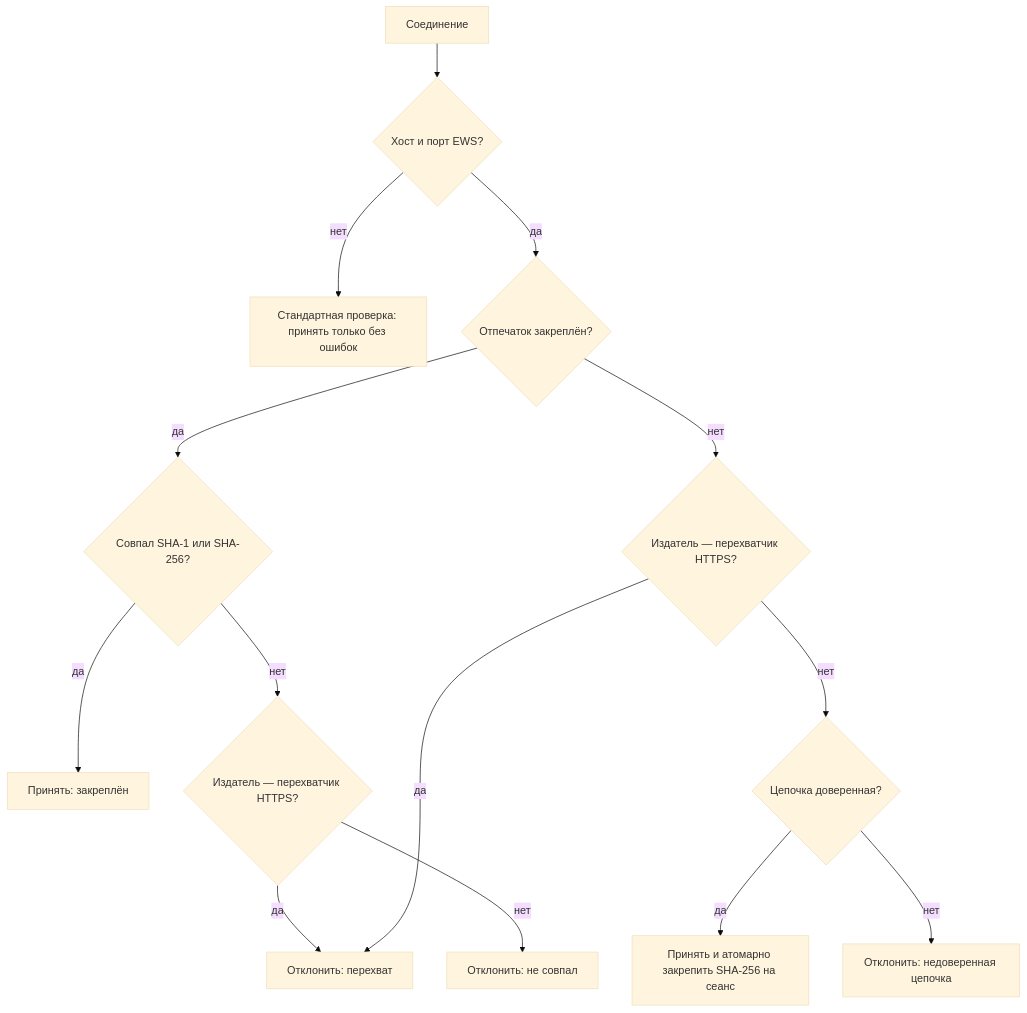
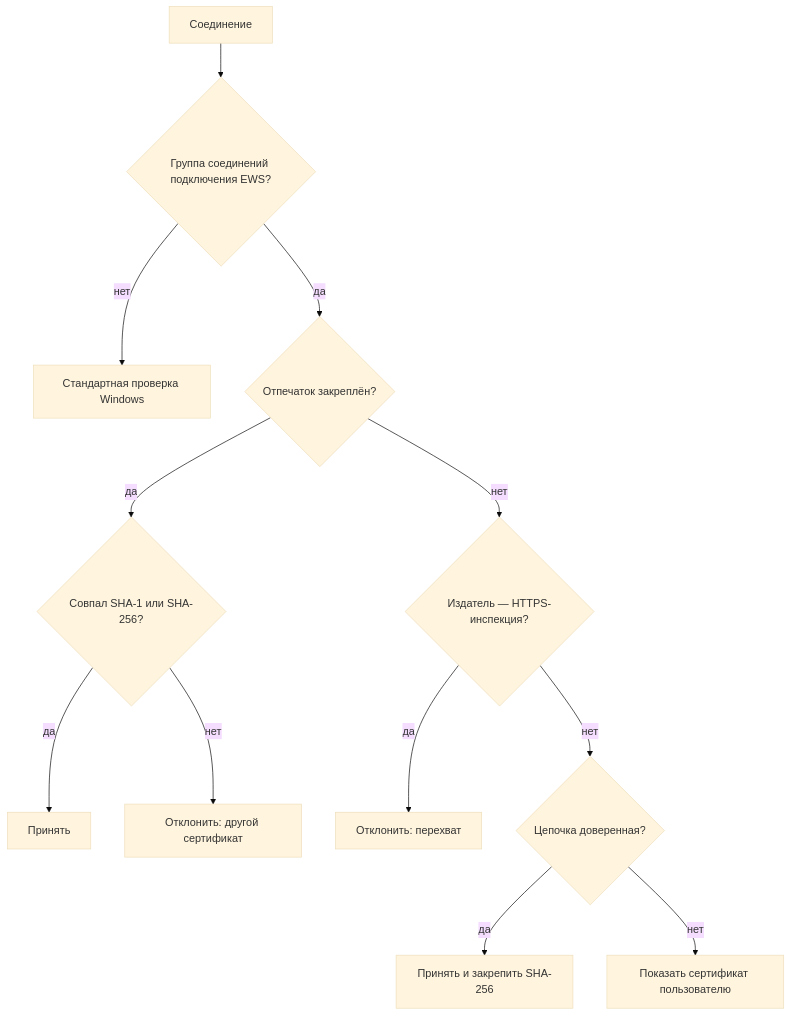
The sixth of 6 diagrams in docs/ARCHITECTURE.md (DedovMosol/iwo-Calendar-Bridge), drawn with Mermaid (base theme) before and after one commit. The commit also changed other lines of this file and 55 other files, not shown here.

Commit message:
Remove planning docs, justify README and ARCHITECTURE

````diff
--- a/docs/ARCHITECTURE.md
+++ b/docs/ARCHITECTURE.md
@@ -219,16 +194,14 @@
 ```mermaid
 flowchart TB
-  A["Соединение"] --> H{"Хост и порт EWS?"}
-  H -->|нет| STD["Стандартная проверка: принять только без ошибок"]
+  A["Соединение"] --> H{"Группа соединений подключения EWS?"}
+  H -->|нет| STD["Стандартная проверка Windows"]
   H -->|да| B{"Отпечаток закреплён?"}
   B -->|да| C{"Совпал SHA-1 или SHA-256?"}
-  C -->|да| OK1["Принять: закреплён"]
-  C -->|нет| D{"Издатель — перехватчик HTTPS?"}
-  D -->|да| R1["Отклонить: перехват"]
-  D -->|нет| R2["Отклонить: не совпал"]
-  B -->|нет| E{"Издатель — перехватчик HTTPS?"}
-  E -->|да| R1
+  C -->|да| OK1["Принять"]
+  C -->|нет| R2["Отклонить: другой сертификат"]
+  B -->|нет| E{"Издатель — HTTPS-инспекция?"}
+  E -->|да| R1["Отклонить: перехват"]
   E -->|нет| F{"Цепочка доверенная?"}
-  F -->|да| OK2["Принять и атомарно закрепить SHA-256 на сеанс"]
-  F -->|нет| R3["Отклонить: недоверенная цепочка"]
+  F -->|да| OK2["Принять и закрепить SHA-256"]
+  F -->|нет| R3["Показать сертификат пользователю"]
 ```
````
